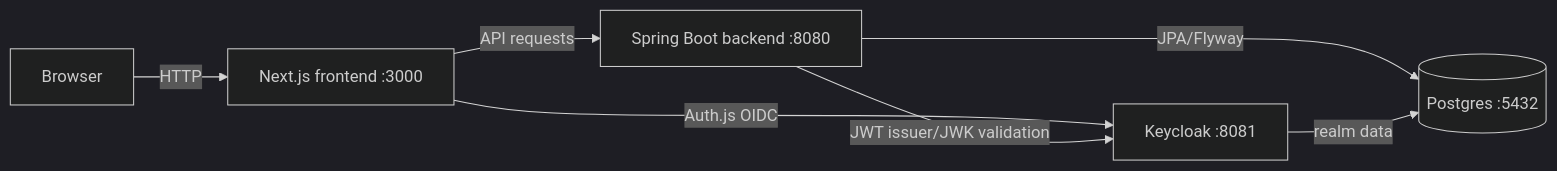
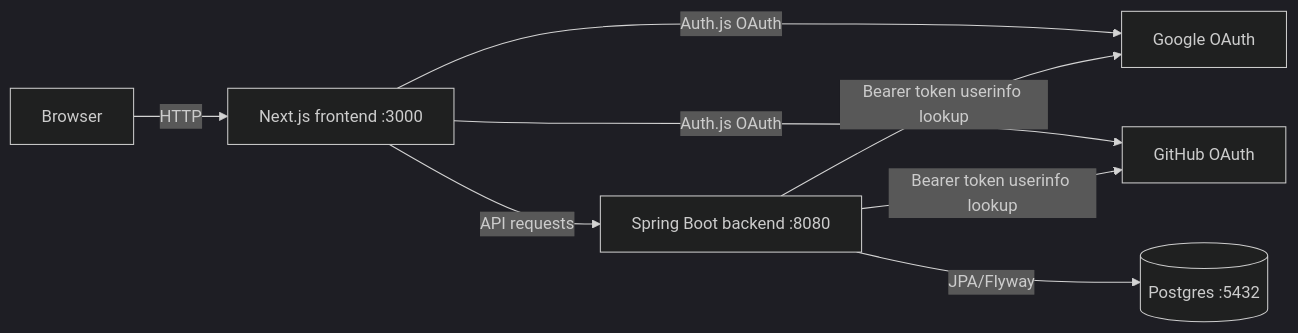
One commit to VencentDev/monorepo-next-spring changed the diagram in README.md. Above: the diagram before and after it, drawn with Mermaid (dark theme). The commit also changed other lines of this file and 2 other files, not shown here.

Commit message:
docs: document direct google github oauth

````diff
--- a/README.md
+++ b/README.md
@@ -26,9 +25,10 @@
 ```mermaid
 flowchart LR
   Browser -->|HTTP| Next[Next.js frontend :3000]
   Next -->|API requests| Spring[Spring Boot backend :8080]
-  Next -->|Auth.js OIDC| Keycloak[Keycloak :8081]
-  Spring -->|JWT issuer/JWK validation| Keycloak
+  Next -->|Auth.js OAuth| Google[Google OAuth]
+  Next -->|Auth.js OAuth| GitHub[GitHub OAuth]
+  Spring -->|Bearer token userinfo lookup| Google
+  Spring -->|Bearer token userinfo lookup| GitHub
   Spring -->|JPA/Flyway| Postgres[(Postgres :5432)]
-  Keycloak -->|realm data| Postgres
 ```
````
